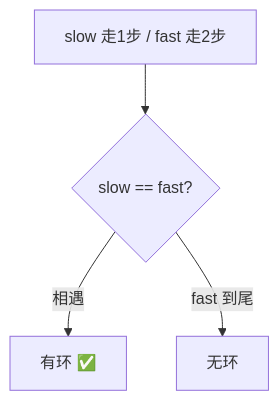
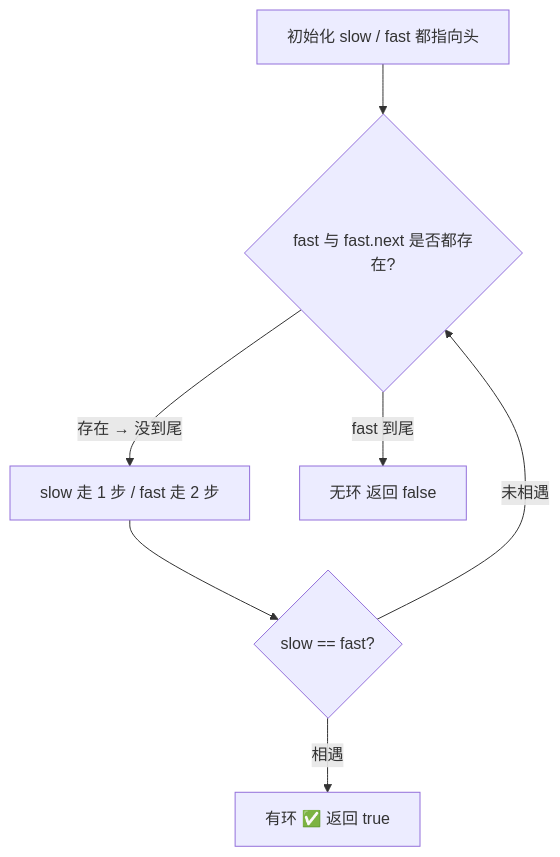
Before and after one commit to OctalZero/hot100-py: the first of 2 diagrams in 08-链表/0141-环形链表.md, drawn with Mermaid. The commit also changed other lines of this file and 117 other files, not shown here.

First line of the commit message:
feat: 全题解配图升级为「动画式 mermaid」（总览骨架 + 横向时间线逐步推演）

````diff
--- a/08-链表/0141-环形链表.md
+++ b/08-链表/0141-环形链表.md
@@ -25,6 +25,9 @@
 ```mermaid
 flowchart TD
-    A["slow 走1步 / fast 走2步"] --> B{"slow == fast?"}
-    B -- "相遇" --> C["有环 ✅"]
-    B -- "fast 到尾" --> D["无环"]
+    A["初始化 slow / fast 都指向头"] --> B{"fast 与 fast.next 是否都存在?"}
+    B -->|"存在 → 没到尾"| C["slow 走 1 步 / fast 走 2 步"]
+    C --> D{"slow == fast?"}
+    D -->|"相遇"| E["有环 ✅ 返回 true"]
+    D -->|"未相遇"| B
+    B -->|"fast 到尾"| F["无环 返回 false"]
 ```
````
